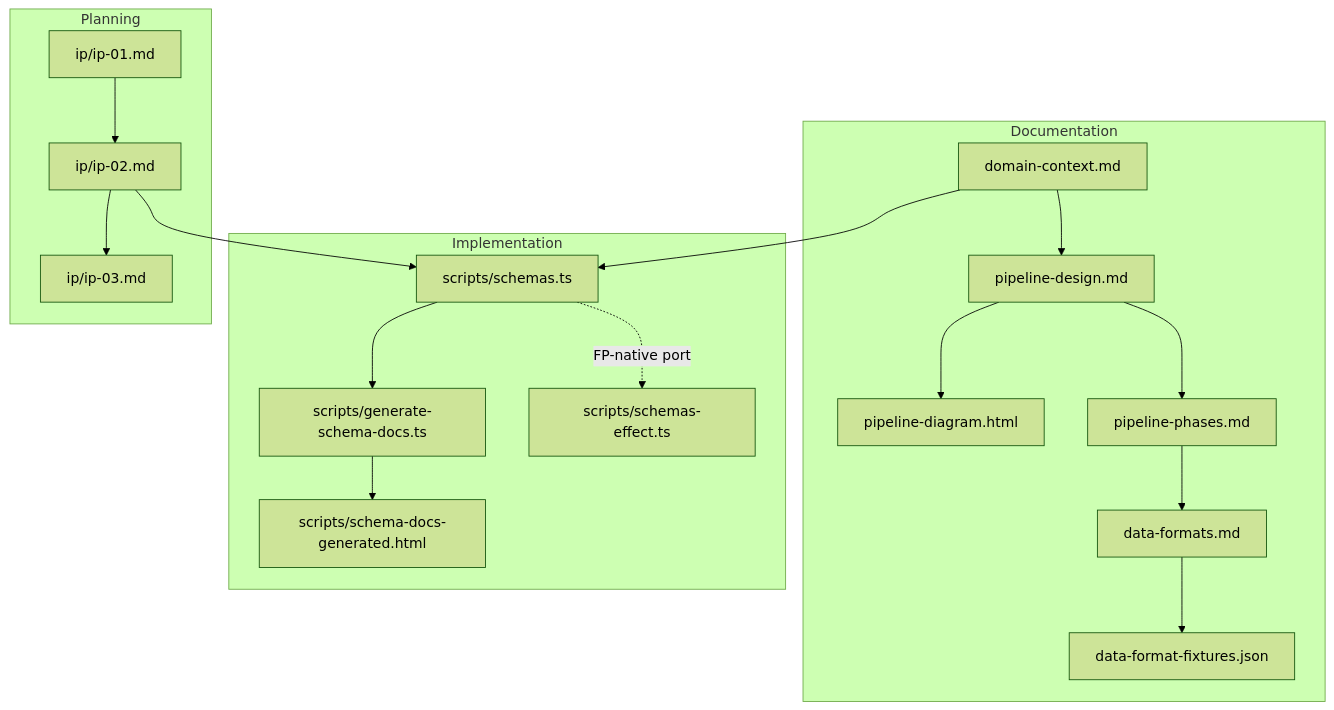
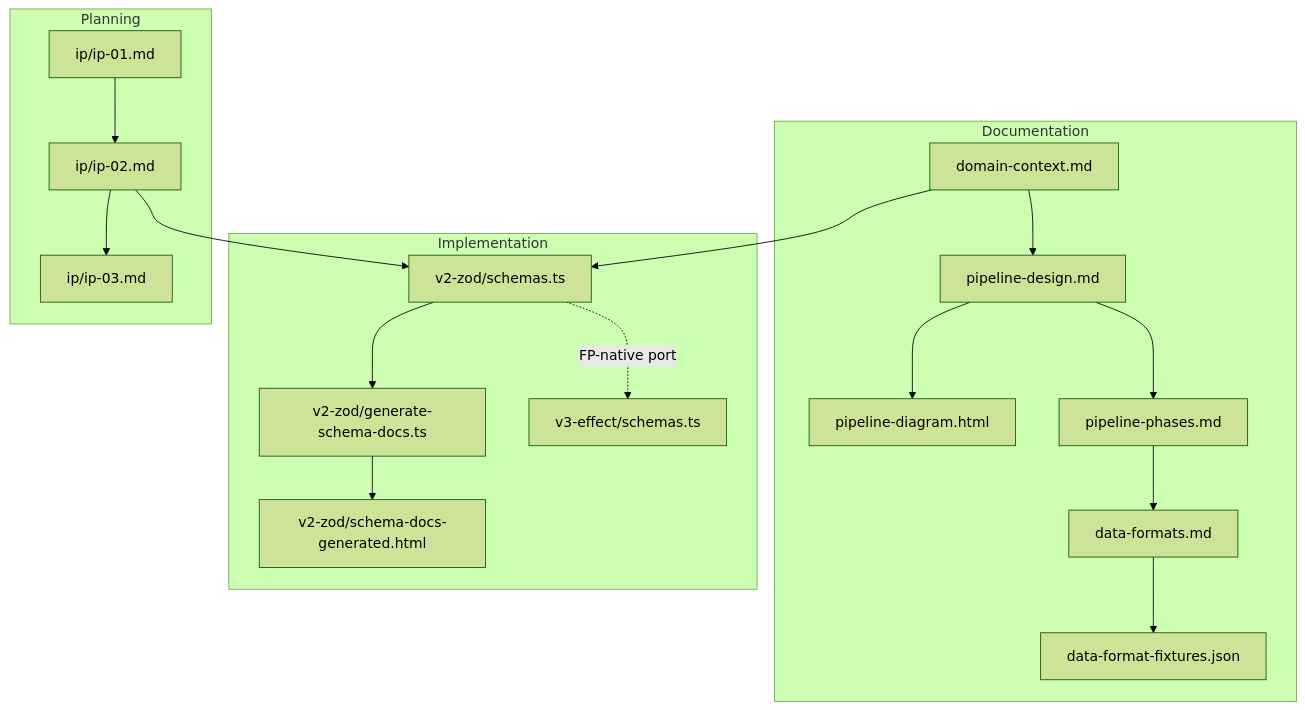
One commit to paideia-ai/tech-doc-axiia changed the diagram in score-post-llm-pipeline/index.md. Above: the diagram before and after it, drawn with Mermaid (forest theme). The commit also changed other lines of this file and 25 other files, not shown here.

First line of the commit message:
Reorganize pipeline by approach, upgrade Effect schema to Record+Option

````diff
--- a/score-post-llm-pipeline/index.md
+++ b/score-post-llm-pipeline/index.md
@@ -44,25 +46,25 @@
 ```mermaid
 graph TD
     subgraph "Documentation"
         DC[domain-context.md] --> PD[pipeline-design.md]
         PD --> DIAG[pipeline-diagram.html]
         PP[pipeline-phases.md] --> DF[data-formats.md]
         DF --> FIX[data-format-fixtures.json]
     end
 
     subgraph "Implementation"
-        SCH[scripts/schemas.ts] --> GEN[scripts/generate-schema-docs.ts]
-        GEN --> HTML[scripts/schema-docs-generated.html]
-        ESCH[scripts/schemas-effect.ts]
+        SCH[v2-zod/schemas.ts] --> GEN[v2-zod/generate-schema-docs.ts]
+        GEN --> HTML[v2-zod/schema-docs-generated.html]
+        ESCH[v3-effect/schemas.ts]
         SCH -. "FP-native port" .-> ESCH
     end
 
     subgraph "Planning"
         IP1[ip/ip-01.md] --> IP2[ip/ip-02.md]
         IP2 --> IP3[ip/ip-03.md]
     end
 
     DC --> SCH
     IP2 --> SCH
     PD --> PP
 ```
````
